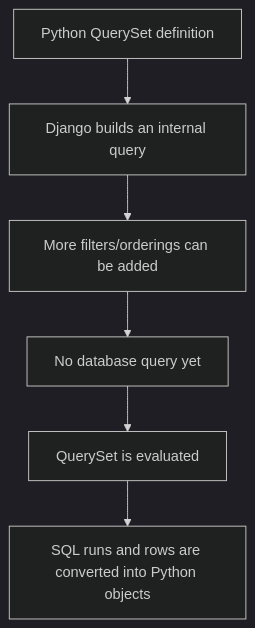
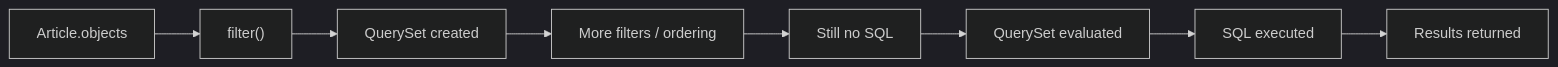
The first of 5 diagrams in src/content/django/orm-querysets-lazy-evaluation.md (AvadhBhalodiya/Interview-Preparation), drawn with Mermaid (dark theme) before and after one commit. The commit also changed other lines of this file and 80 other files, not shown here.

````diff
--- a/src/content/django/orm-querysets-lazy-evaluation.md
+++ b/src/content/django/orm-querysets-lazy-evaluation.md
@@ -23,8 +39,10 @@
 ```mermaid
-flowchart TD
-    A[Python QuerySet definition] --> B[Django builds an internal query]
-    B --> C["More filters/orderings can be added"]
-    C --> D[No database query yet]
-    D --> E[QuerySet is evaluated]
-    E --> F[SQL runs and rows are converted into Python objects]
+flowchart LR
+    A["Article.objects"] --> B["filter()"]
+    B --> C["QuerySet created"]
+    C --> D["More filters / ordering"]
+    D --> E["Still no SQL"]
+    E --> F["QuerySet evaluated"]
+    F --> G["SQL executed"]
+    G --> H["Results returned"]
 ```
````
